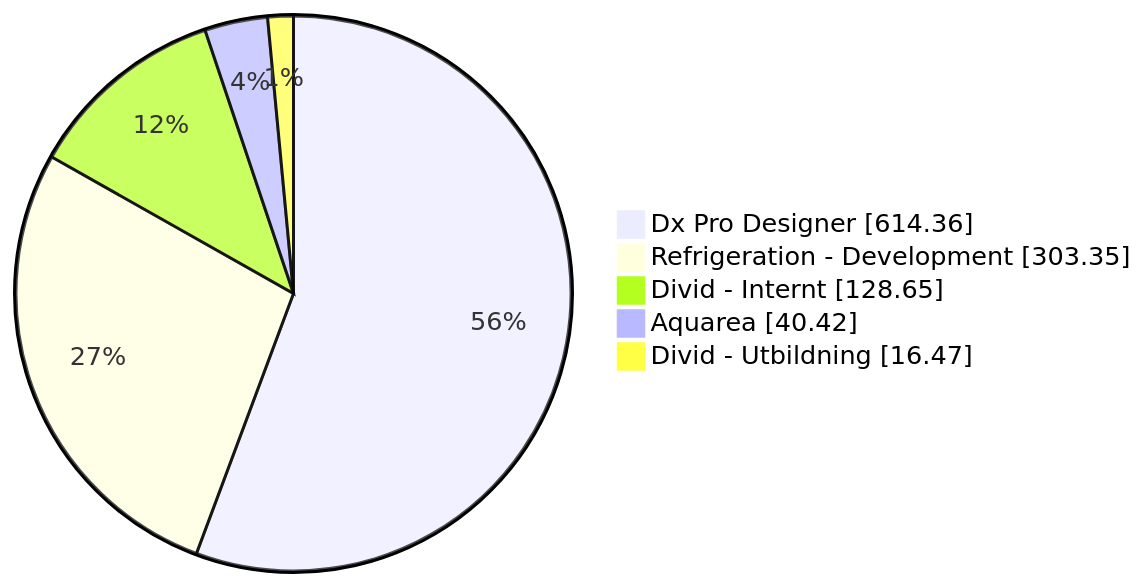
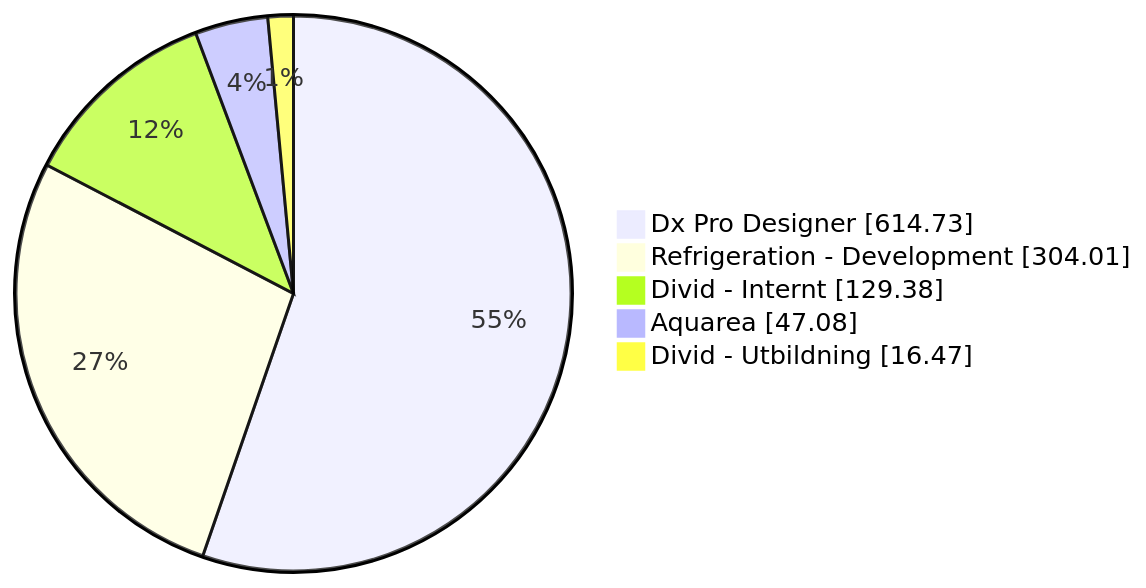
One commit to albinforsberg-netizen/timeclock changed the first of 5 diagrams in README.org. Above: the diagram before and after it, drawn with Mermaid. The commit also changed other lines of this file, not shown here.

```diff
--- a/README.org
+++ b/README.org
@@ -34,8 +34,8 @@
 #+begin_src mermaid
 pie showData
-    "Dx Pro Designer" : 614.36
-    "Refrigeration - Development" : 303.35
-    "Divid - Internt" : 128.65
-    "Aquarea" : 40.42
+    "Dx Pro Designer" : 614.73
+    "Refrigeration - Development" : 304.01
+    "Divid - Internt" : 129.38
+    "Aquarea" : 47.08
     "Divid - Utbildning" : 16.47
 #+end_src
```
